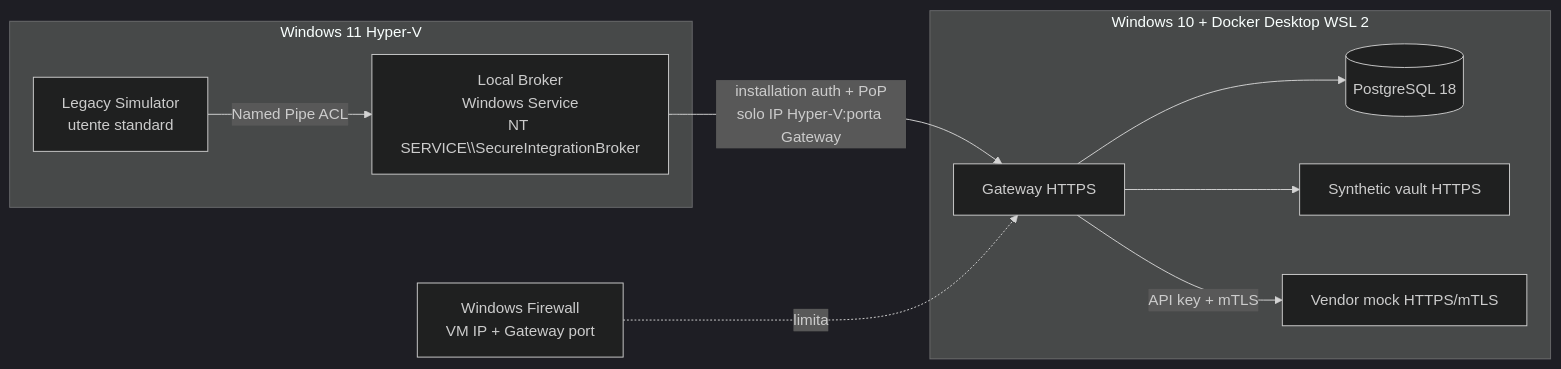
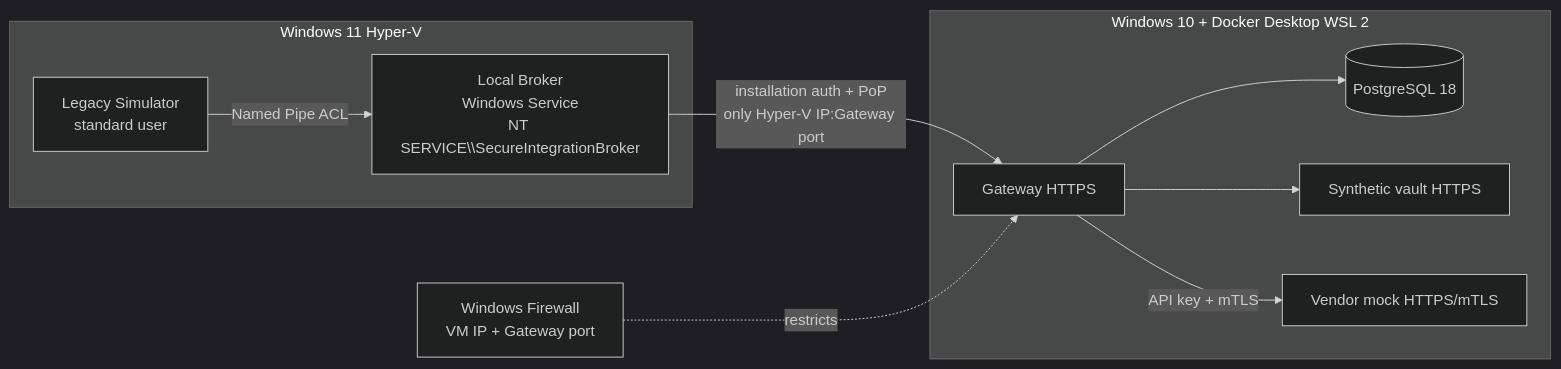
One commit to marcobiz/secure-integration-platform changed the diagram in docs/operations/M3A-SPLIT-HOST-RUNBOOK.md. Above: the diagram before and after it, drawn with Mermaid (dark theme). The commit also changed other lines of this file and 102 other files, not shown here.

````diff
--- a/docs/operations/M3A-SPLIT-HOST-RUNBOOK.md
+++ b/docs/operations/M3A-SPLIT-HOST-RUNBOOK.md
@@ -16,13 +16,13 @@
 ```mermaid
 flowchart LR
     subgraph VM[Windows 11 Hyper-V]
-        L[Legacy Simulator<br/>utente standard] -->|Named Pipe ACL| B[Local Broker<br/>Windows Service<br/>NT SERVICE\\SecureIntegrationBroker]
+        L[Legacy Simulator<br/>standard user] -->|Named Pipe ACL| B[Local Broker<br/>Windows Service<br/>NT SERVICE\\SecureIntegrationBroker]
     end
     subgraph HOST[Windows 10 + Docker Desktop WSL 2]
         G[Gateway HTTPS] --> P[(PostgreSQL 18)]
         G --> V[Synthetic vault HTTPS]
         G -->|API key + mTLS| M[Vendor mock HTTPS/mTLS]
     end
-    B -->|installation auth + PoP<br/>solo IP Hyper-V:porta Gateway| G
-    F[Windows Firewall<br/>VM IP + Gateway port] -. limita .-> G
+    B -->|installation auth + PoP<br/>only Hyper-V IP:Gateway port| G
+    F[Windows Firewall<br/>VM IP + Gateway port] -. restricts .-> G
 ```
````
